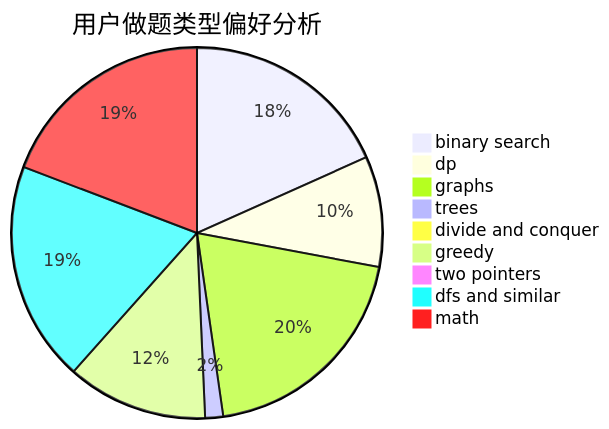
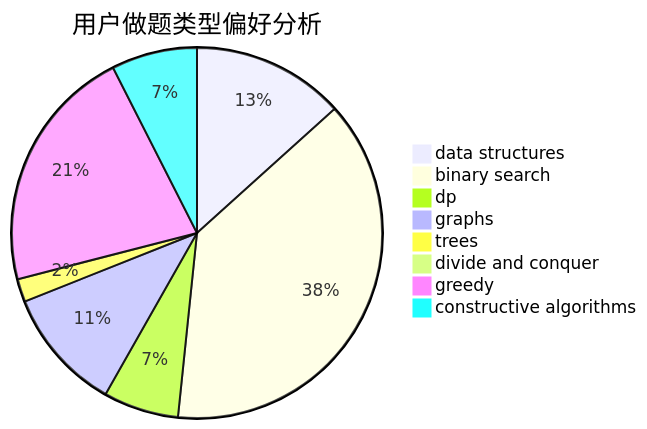
The second of 3 diagrams in docs/user/u1963.md (sherpahu/cfrs.github.io), drawn with Mermaid before and after one commit. The commit also changed other lines of this file and 2775 other files, not shown here.

````diff
--- a/docs/user/u1963.md
+++ b/docs/user/u1963.md
@@ -23,12 +23,11 @@
 ```mermaid
 pie title 用户做题类型偏好分析
-    "binary search" :  222
-    "dp" :  117
-    "graphs" :  240
-    "trees" :  19
-    "divide and conquer" :  8
-    "greedy" :  149
-    "two pointers" :  9
-    "dfs and similar" :  233
-    "math" :  233
+    "data structures" :  73
+    "binary search" :  210
+    "dp" :  36
+    "graphs" :  59
+    "trees" :  11
+    "divide and conquer" :  5
+    "greedy" :  118
+    "constructive algorithms" :  41
 ```
````
